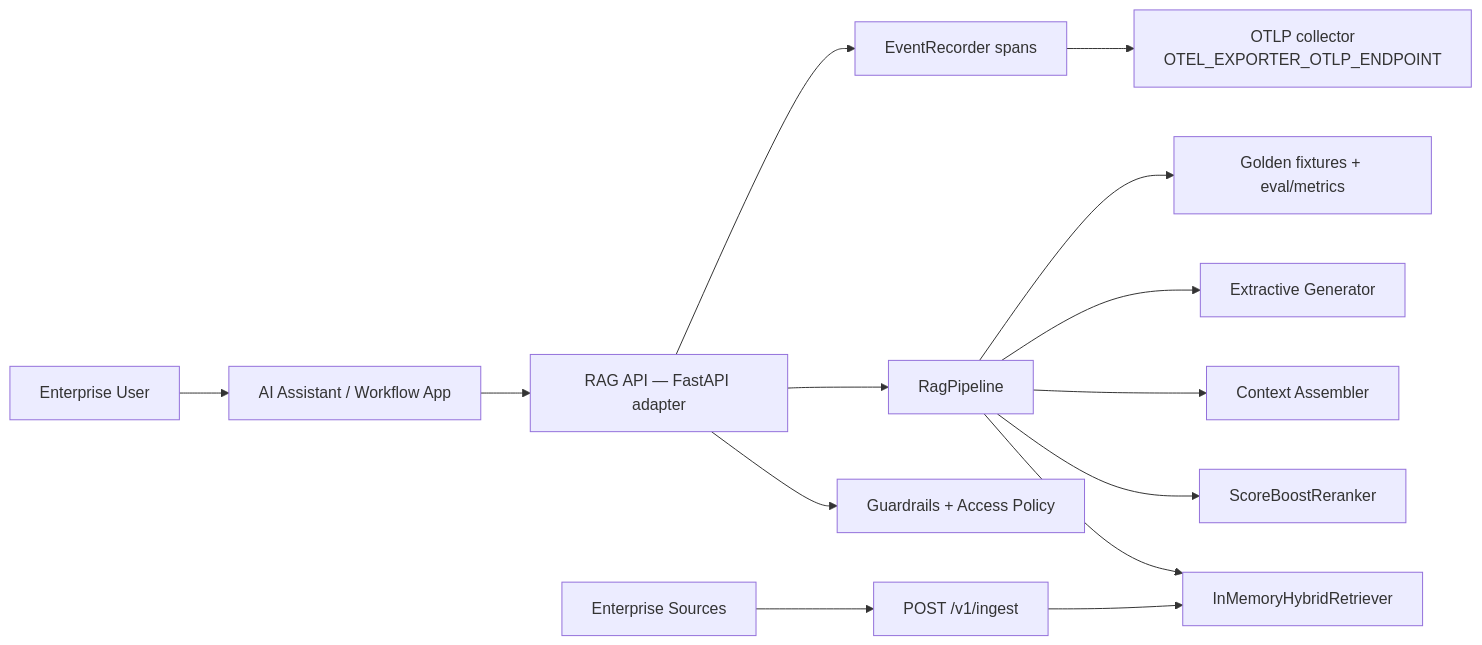
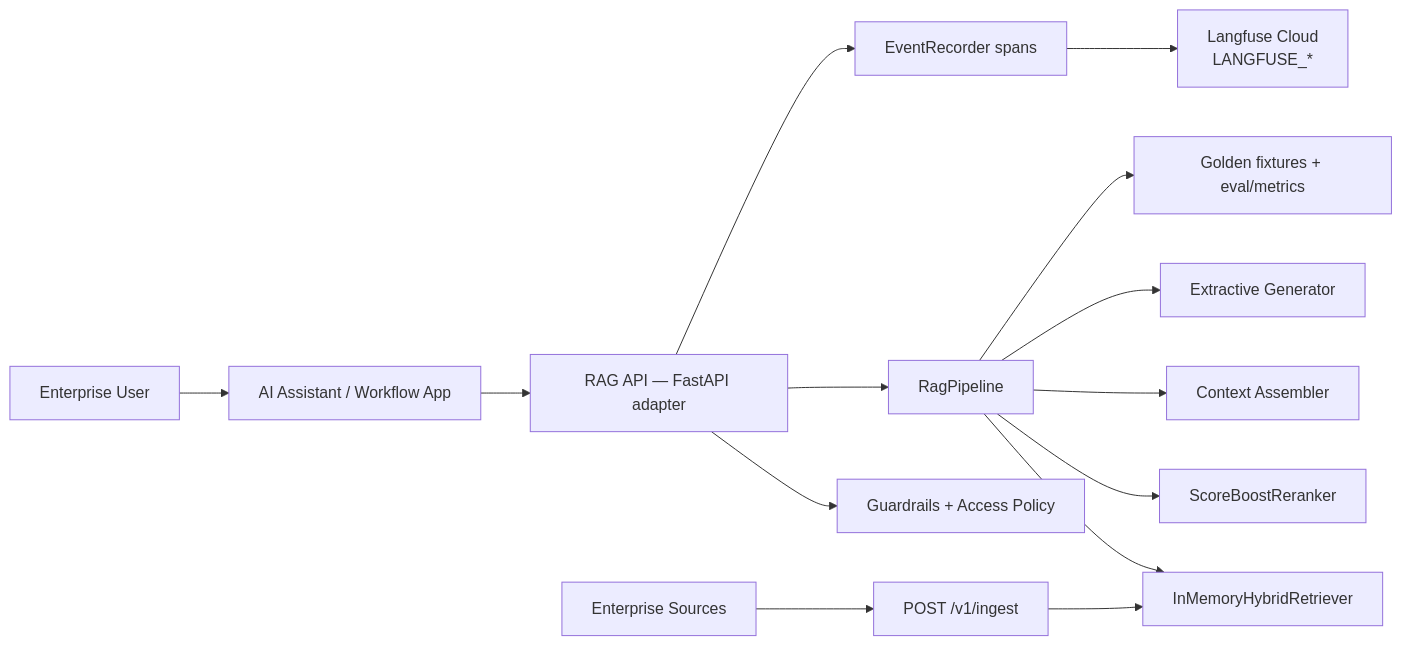
Before and after one commit to vpeetla-ai/enterprise_rag_platform: the first of 4 diagrams in README.md, drawn with Mermaid. The commit also changed other lines of this file and 12 other files, not shown here.

First line of the commit message:
Switch observability from OTLP to Langfuse-only export.

````diff
--- a/README.md
+++ b/README.md
@@ -56,16 +57,16 @@
 ```mermaid
 flowchart LR
   User["Enterprise User"] --> App["AI Assistant / Workflow App"]
   App --> Gateway["RAG API — FastAPI adapter"]
   Gateway --> Policy["Guardrails + Access Policy"]
   Gateway --> Orchestrator["RagPipeline"]
   Orchestrator --> Retrieval["InMemoryHybridRetriever"]
   Orchestrator --> Rerank["ScoreBoostReranker"]
   Orchestrator --> Context["Context Assembler"]
   Orchestrator --> Gen["Extractive Generator"]
   Sources["Enterprise Sources"] --> Ingestion["POST /v1/ingest"]
   Ingestion --> Retrieval
   Gateway --> Obs["EventRecorder spans"]
   Orchestrator --> Eval["Golden fixtures + eval/metrics"]
-  Obs --> OTLP["OTLP collector<br/>OTEL_EXPORTER_OTLP_ENDPOINT"]
+  Obs --> LF["Langfuse Cloud<br/>LANGFUSE_*"]
 ```
````
